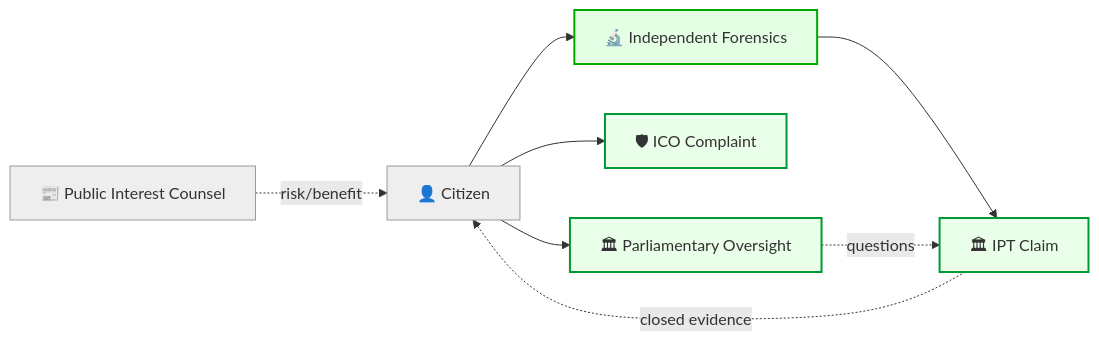
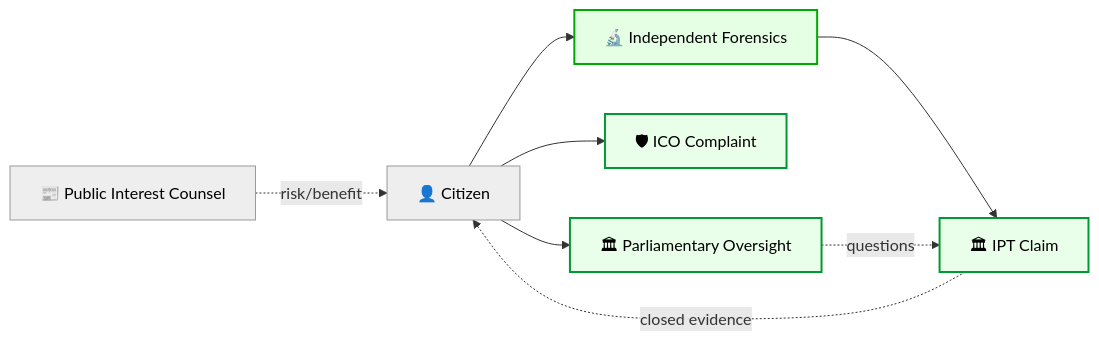
Before and after one commit to josefsbreakfast/Polaris-Protocol: the seventh of 7 diagrams in Polaris_Nest/Git_Intake_Drawer/⚖️_surveillance_osa_citizen_forking_meganode.md, drawn with Mermaid. The commit also changed other lines of this file, not shown here.

````diff
--- a/Polaris_Nest/Git_Intake_Drawer/⚖️_surveillance_osa_citizen_forking_meganode.md
+++ b/Polaris_Nest/Git_Intake_Drawer/⚖️_surveillance_osa_citizen_forking_meganode.md
@@ -272,20 +267,20 @@
 ```mermaid
 graph LR
     Citizen["👤 Citizen"]:::neutral
     Forensics["🔬 Independent Forensics"]:::mit
     IPT["🏛 IPT Claim"]:::uk
     ICO["🛡 ICO Complaint"]:::uk
     MP["🏛 Parliamentary Oversight"]:::uk
     Media["📰 Public Interest Counsel"]:::neutral
 
     Citizen --> Forensics --> IPT
     Citizen --> ICO
     Citizen --> MP
     IPT -. closed evidence .-> Citizen
     MP -. questions .-> IPT
     Media -. risk/benefit .-> Citizen
 
-    classDef neutral fill:#eeeeee,stroke:#999;
-    classDef mit fill:#e5ffe5,stroke:#00aa00,stroke-width:2px;
-    classDef uk fill:#eaffea,stroke:#009933,stroke-width:2px;
+    classDef neutral fill:#eeeeee,stroke:#999999,color:#000000;
+    classDef mit fill:#e5ffe5,stroke:#00aa00,stroke-width:2px,color:#000000;
+    classDef uk fill:#eaffea,stroke:#009933,stroke-width:2px,color:#000000;
 ```
````
